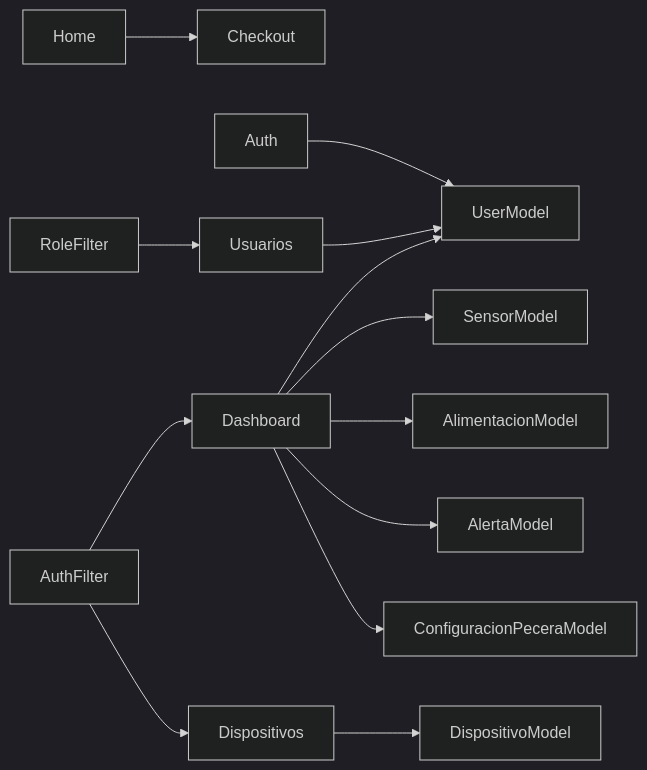
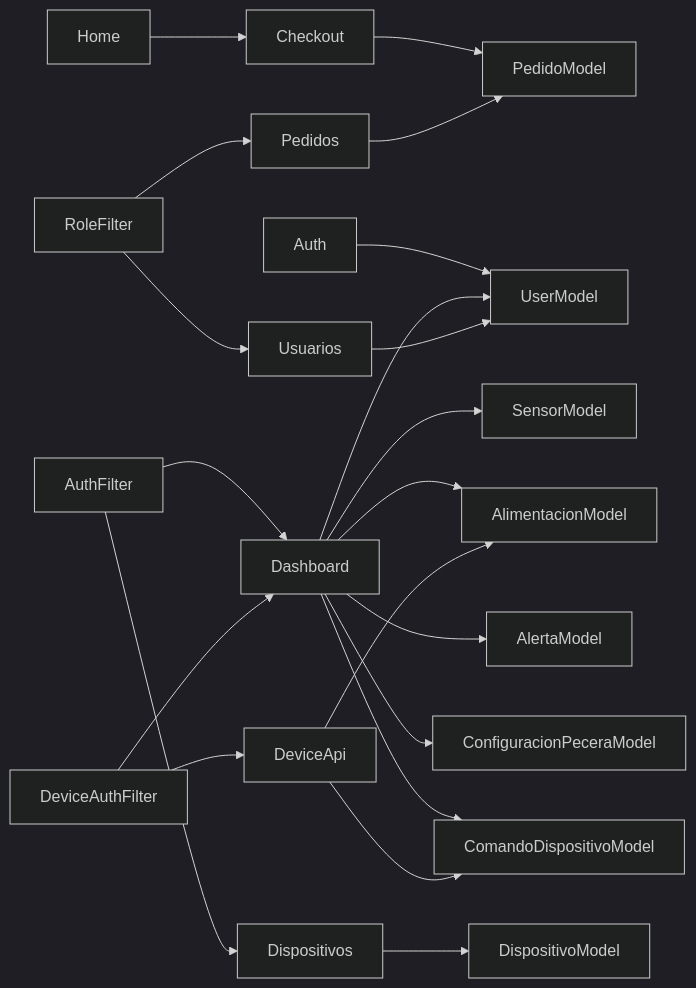
The tenth of 10 diagrams in BACKEND_DOCUMENTACION.md (TuVieja22/AquaControl), drawn with Mermaid (dark theme) before and after one commit. The commit also changed other lines of this file and 41 other files, not shown here.

````diff
--- a/BACKEND_DOCUMENTACION.md
+++ b/BACKEND_DOCUMENTACION.md
@@ -878,15 +1067,23 @@
 ```mermaid
 flowchart LR
     Home --> Checkout
     Auth --> UserModel
     Dashboard --> UserModel
     Dashboard --> SensorModel
     Dashboard --> AlimentacionModel
     Dashboard --> AlertaModel
     Dashboard --> ConfiguracionPeceraModel
+    Dashboard --> ComandoDispositivoModel
+    DeviceApi --> ComandoDispositivoModel
+    DeviceApi --> AlimentacionModel
+    Checkout --> PedidoModel
+    Pedidos --> PedidoModel
     Dispositivos --> DispositivoModel
     Usuarios --> UserModel
     AuthFilter --> Dashboard
     AuthFilter --> Dispositivos
+    DeviceAuthFilter --> DeviceApi
+    DeviceAuthFilter --> Dashboard
     RoleFilter --> Usuarios
+    RoleFilter --> Pedidos
 ```
````
